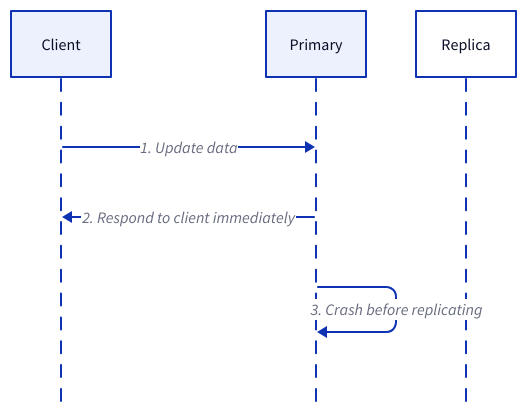
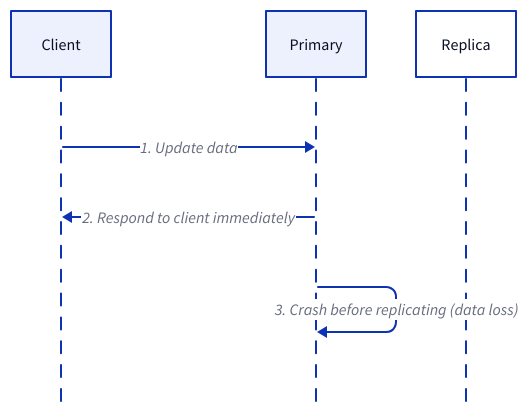
One commit to link1905/system-design-101 changed the sixth of 11 diagrams in content/docs/data-persistence/distributed-database/_index.md. Above: the diagram before and after it, drawn with D2. The commit also changed other lines of this file and 40 other files, not shown here.

````diff
--- a/content/docs/data-persistence/distributed-database/_index.md
+++ b/content/docs/data-persistence/distributed-database/_index.md
@@ -173,17 +174,17 @@
 ```d2
 shape: sequence_diagram
 client: Client {
     class: client
 }
 w: Primary {
     class: db
 }
 r: Replica {
-    class: db 
+    class: db
 }
 client -> w: 1. Update data
 w -> client: 2. Respond to client immediately
-w -> w: 3. Crash before replicating {
+w -> w: 3. Crash before replicating (data loss) {
     class: error-conn
 }
 ```
````
